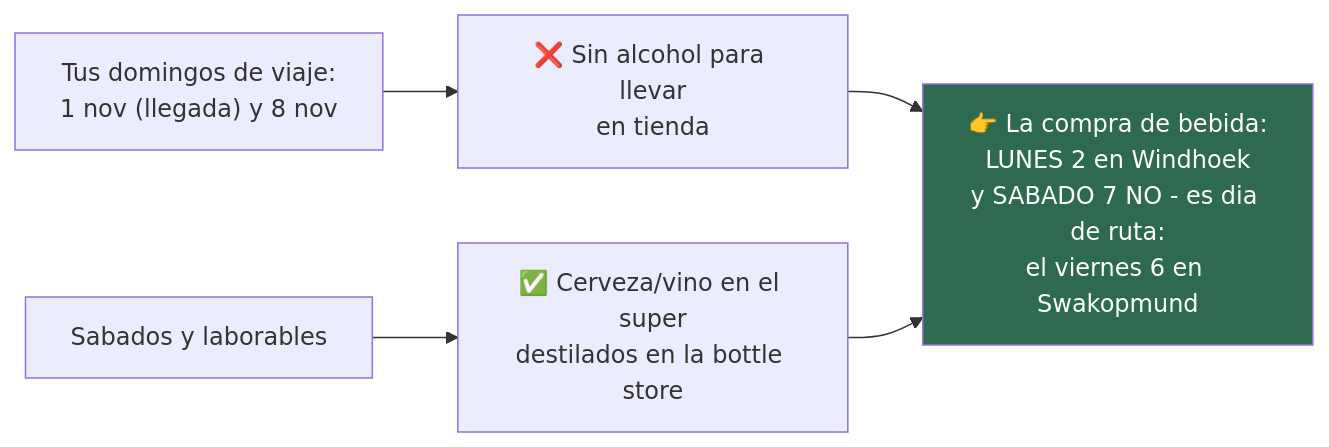
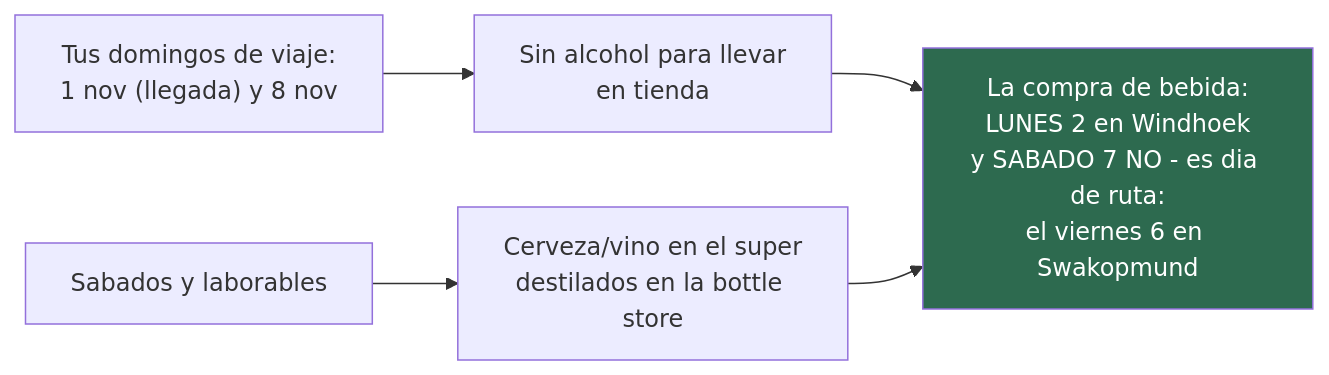
One commit to morandeirachema/namibia changed the first of 2 diagrams in 08-comida-compras-y-regalos.md. Above: the diagram before and after it, drawn with Mermaid. The commit also changed other lines of this file and 14 other files, not shown here.

Commit message:
Arreglar el renderizado de los diagramas en GitHub: fuera emojis, negritas y barras ASCII de dentro de los nodos, que descuadraban la medida y recortaban el texto

````diff
--- a/08-comida-compras-y-regalos.md
+++ b/08-comida-compras-y-regalos.md
@@ -26,8 +26,8 @@
 ```mermaid
 flowchart LR
-    A["Tus domingos de viaje:<br/>1 nov (llegada) y 8 nov"] --> B["❌ Sin alcohol para llevar<br/>en tienda"]
-    C["Sabados y laborables"] --> D["✅ Cerveza/vino en el super<br/>destilados en la bottle store"]
-    B --> E["👉 La compra de bebida:<br/>LUNES 2 en Windhoek<br/>y SABADO 7 NO - es dia de ruta:<br/>el viernes 6 en Swakopmund"]
+    A["Tus domingos de viaje:<br/>1 nov (llegada) y 8 nov"] --> B["Sin alcohol para llevar<br/>en tienda"]
+    C["Sabados y laborables"] --> D["Cerveza/vino en el super<br/>destilados en la bottle store"]
+    B --> E["La compra de bebida:<br/>LUNES 2 en Windhoek<br/>y SABADO 7 NO - es dia de ruta:<br/>el viernes 6 en Swakopmund"]
     D --> E
     style E fill:#2d6a4f,color:#fff
 ```
````
